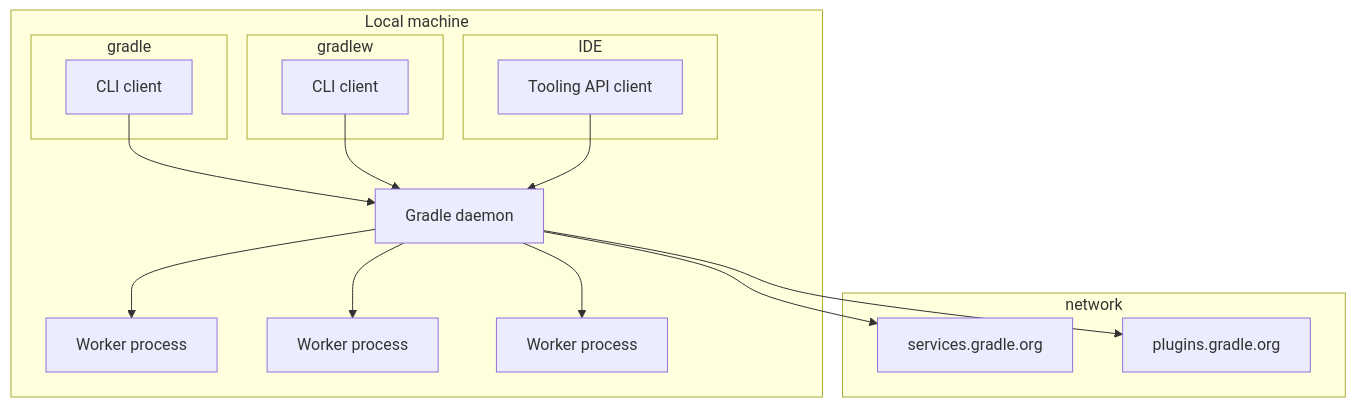
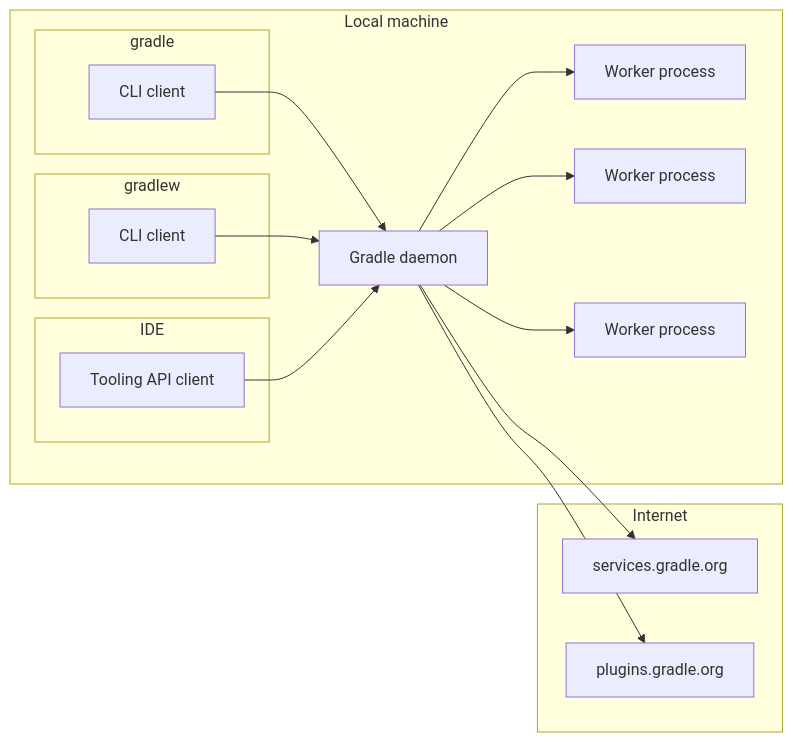
Before and after one commit to tianyeeT/gradle: the diagram in architecture/runtimes.md, drawn with Mermaid.

Commit message:
tweak to previous.

````diff
--- a/architecture/runtimes.md
+++ b/architecture/runtimes.md
@@ -12,42 +12,42 @@
 ```mermaid
-    graph TD
+    graph LR
     
     subgraph local["Local machine"]
         
         subgraph gradle
             cli["CLI client"]
         end
     
         subgraph gradlew
             cli_gradlew["CLI client"]
         end
     
         subgraph IDE    
             tapi["Tooling API client"]
         end
         
         daemon["Gradle daemon"]
         cli --> daemon
         cli_gradlew --> daemon
         tapi --> daemon
         
         worker["Worker process"]
         daemon --> worker
 
         worker2["Worker process"]
         daemon --> worker2
 
         worker3["Worker process"]
         daemon --> worker3
         
     end
     
-    subgraph network
+    subgraph Internet
         services["services.gradle.org"]
         daemon --> services
     
         plugins["plugins.gradle.org"]
         daemon --> plugins
     end
     
 ```
````
